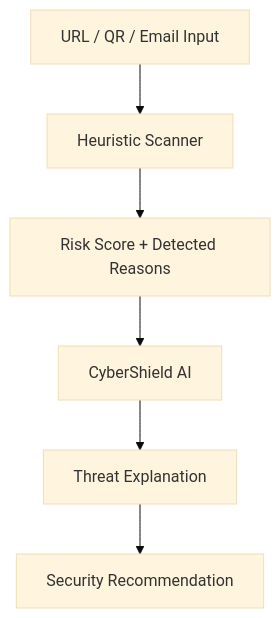
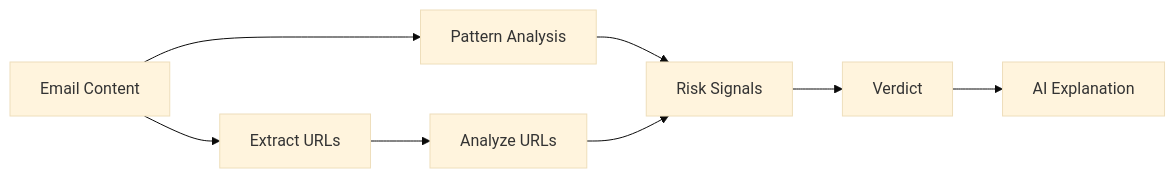
One commit to Satyamtiwari23/CyberSheild_Hub changed the third of 5 diagrams in README.md. Above: the diagram before and after it, drawn with Mermaid (base theme). The commit also changed other lines of this file, not shown here.

````diff
--- a/README.md
+++ b/README.md
@@ -79,8 +152,10 @@
 ```mermaid
-flowchart TD
-  A[URL / QR / Email Input] --> B[Heuristic Scanner]
-  B --> C[Risk Score + Detected Reasons]
-  C --> D[CyberShield AI]
-  D --> E[Threat Explanation]
-  E --> F[Security Recommendation]
+flowchart LR
+  A[Email Content] --> B[Pattern Analysis]
+  A --> C[Extract URLs]
+  C --> D[Analyze URLs]
+  B --> E[Risk Signals]
+  D --> E
+  E --> F[Verdict]
+  F --> G[AI Explanation]
 ```
````
